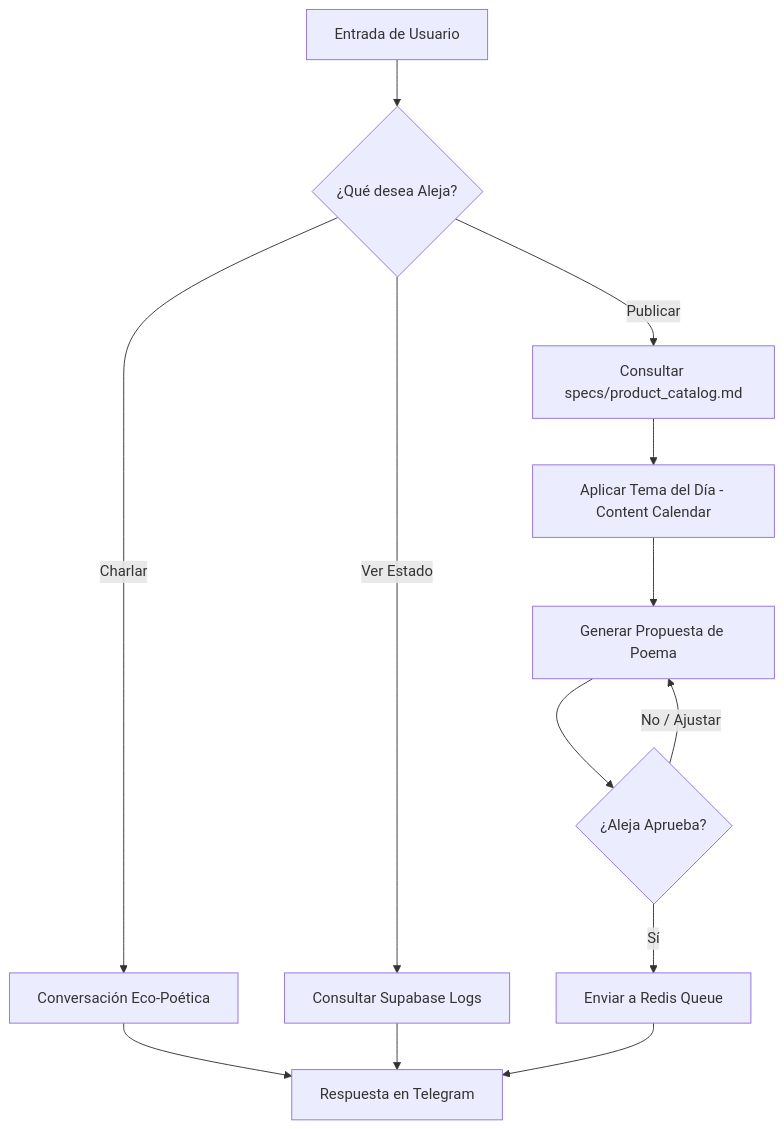
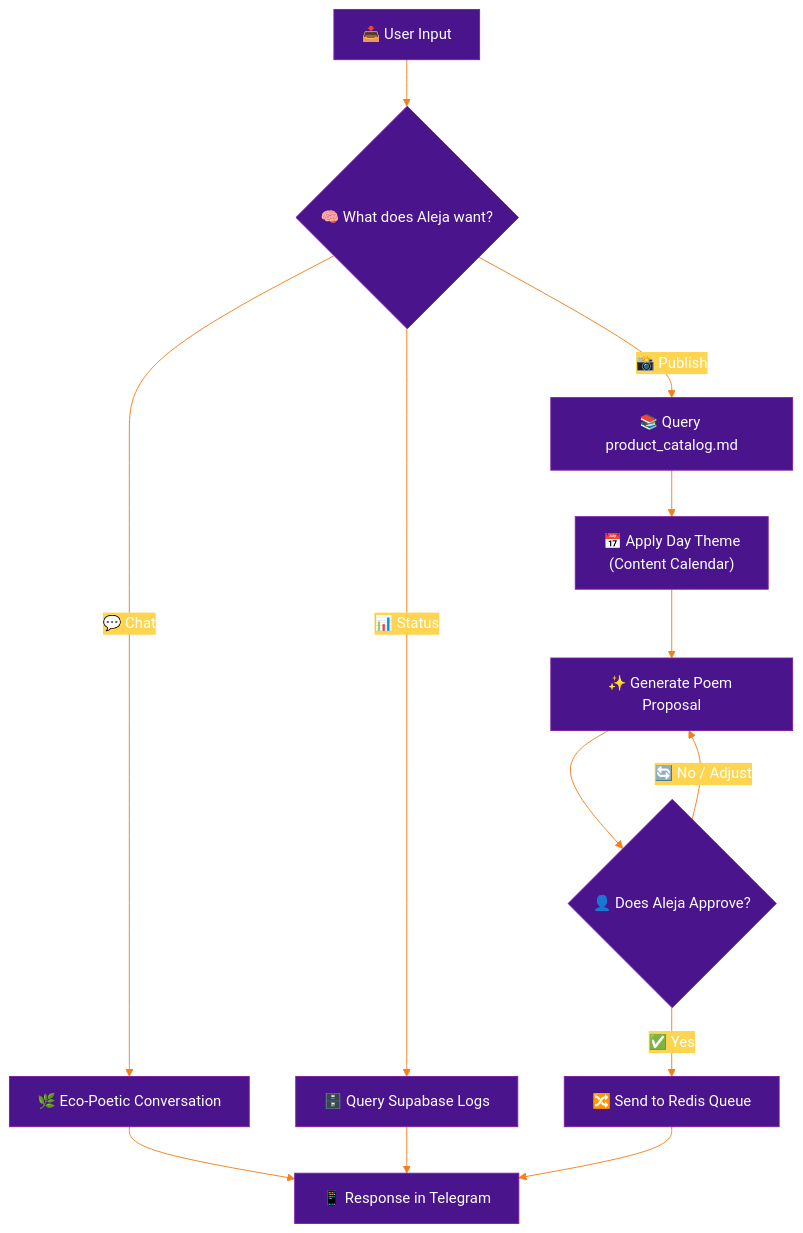
The third of 3 diagrams in specs/architecture.md (aleocampodev/LobsterMarketing), drawn with Mermaid before and after one commit. The commit also changed other lines of this file and 39 other files, not shown here.

First line of the commit message:
refactor: correct architecture to Brain-Arms pattern, fix model references, clean up specs

````diff
--- a/specs/architecture.md
+++ b/specs/architecture.md
@@ -70,19 +139,31 @@
 ```mermaid
+%%{init: {'theme': 'base', 'themeVariables': {
+  'primaryColor': '#4A148C',
+  'primaryTextColor': '#fff',
+  'primaryBorderColor': '#7B1FA2',
+  'lineColor': '#F57F17',
+  'secondaryColor': '#FFD54F',
+  'tertiaryColor': '#FFF8E1',
+  'mainBkg': '#4A148C',
+  'nodeBorder': '#7B1FA2',
+  'clusterBkg': '#F3E5F5',
+  'clusterBorder': '#CE93D8'
+}}}%%
 graph TD
-    In[Entrada de Usuario] --> Detect{¿Qué desea Aleja?}
-    
-    Detect -- Charlar --> Chat[Conversación Eco-Poética]
-    Detect -- Publicar --> RAG[Consultar specs/product_catalog.md]
-    Detect -- Ver Estado --> Stats[Consultar Supabase Logs]
-    
-    RAG --> Template[Aplicar Tema del Día - Content Calendar]
-    Template --> Gen[Generar Propuesta de Poema]
-    Gen --> Approval{¿Aleja Aprueba?}
-    
-    Approval -- No / Ajustar --> Gen
-    Approval -- Sí --> Dispatch[Enviar a Redis Queue]
-    
-    Chat --> Response[Respuesta en Telegram]
+    In["📥 User Input"] --> Detect{"🧠 What does Aleja want?"}
+
+    Detect -- "💬 Chat" --> Chat["🌿 Eco-Poetic Conversation"]
+    Detect -- "📸 Publish" --> RAG["📚 Query product_catalog.md"]
+    Detect -- "📊 Status" --> Stats["🗄️ Query Supabase Logs"]
+
+    RAG --> Template["📅 Apply Day Theme<br/>(Content Calendar)"]
+    Template --> Gen["✨ Generate Poem Proposal"]
+    Gen --> Approval{"👤 Does Aleja Approve?"}
+
+    Approval -- "🔄 No / Adjust" --> Gen
+    Approval -- "✅ Yes" --> Dispatch["🔀 Send to Redis Queue"]
+
+    Chat --> Response["📱 Response in Telegram"]
     Stats --> Response
     Dispatch --> Response
 ```
````
